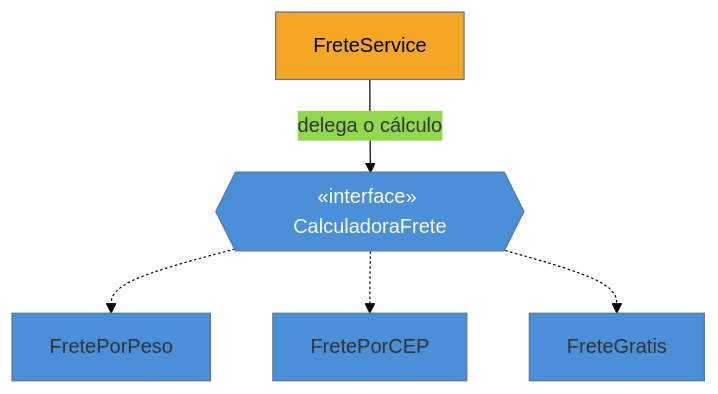
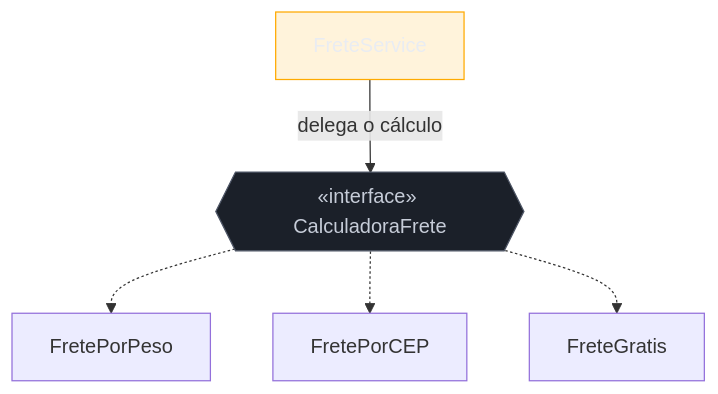
The diagram in 03-Dominios/Engenharia/Design de Software/Padrões de Projeto/Clássicos (GoF)/12 - Strategy.md (josenaldo/codex-technomanticus), drawn with Mermaid before and after one commit. The commit also changed 1181 other files, not shown here.

First line of the commit message:
fix(diagramas): paleta do sistema no lugar de cor cravada no markdown

````diff
--- a/03-Dominios/Engenharia/Design de Software/Padrões de Projeto/Clássicos (GoF)/12 - Strategy.md
+++ b/03-Dominios/Engenharia/Design de Software/Padrões de Projeto/Clássicos (GoF)/12 - Strategy.md
@@ -32,11 +32,12 @@
 ```mermaid
-%%{init: {"theme": "base", "themeVariables": {"primaryColor": "#4A90D9"}}}%%
 graph TD
+    classDef neutro fill:#1B2029,stroke:#4E5666,color:#C6CCD8
+    classDef destaque fill:#FFAA0024,stroke:#FFAA00,color:#E9ECF2
     Ctx[FreteService] -->|delega o cálculo| S{{"«interface» CalculadoraFrete"}}
     S -.-> P[FretePorPeso]
     S -.-> C[FretePorCEP]
     S -.-> G[FreteGratis]
 
-    style S fill:#4A90D9,color:#fff
-    style Ctx fill:#F5A623,color:#000
+    class S neutro
+    class Ctx destaque
 ```
````
